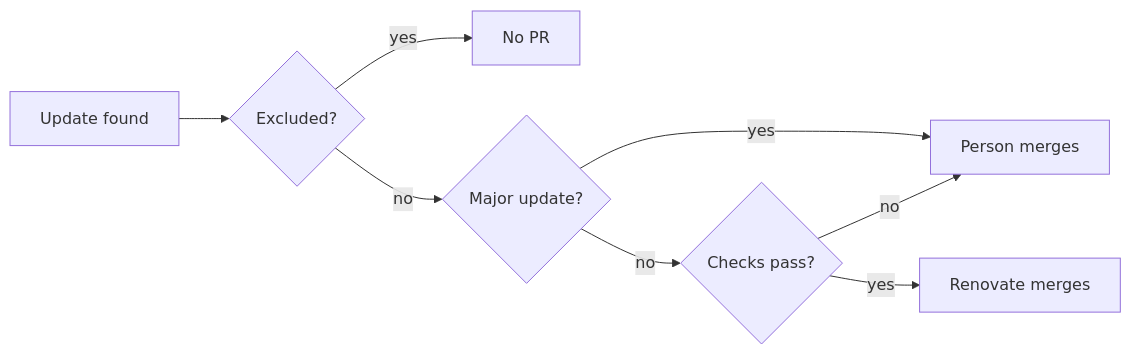
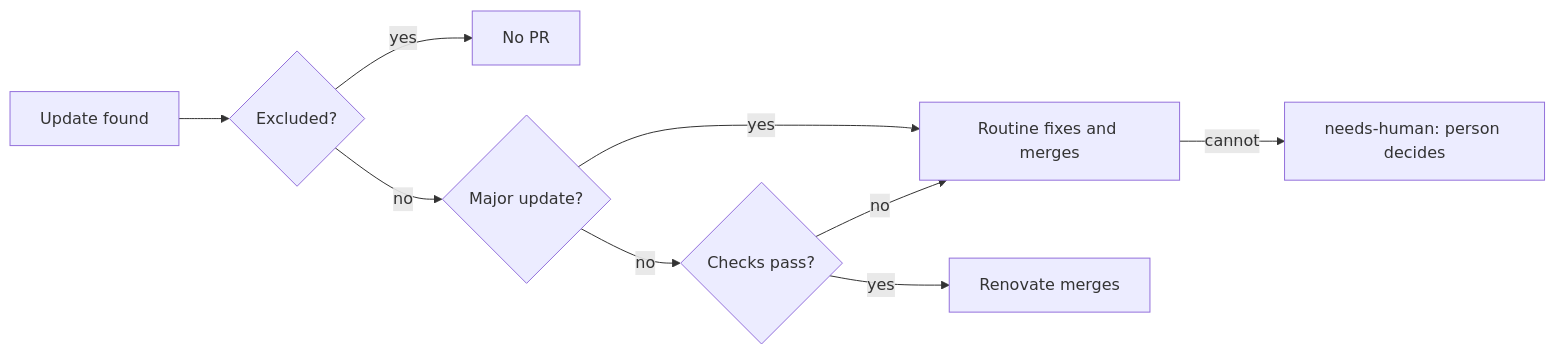
One commit to syudead/vv changed the first of 2 diagrams in docs/how-to/dependency-updates.md. Above: the diagram before and after it, drawn with Mermaid. The commit also changed other lines of this file and 13 other files, not shown here.

````diff
--- a/docs/how-to/dependency-updates.md
+++ b/docs/how-to/dependency-updates.md
@@ -11,10 +12,11 @@
 ```mermaid
 flowchart LR
   upd[Update found] --> excl{Excluded?}
   excl -->|yes| none[No PR]
   excl -->|no| major{Major update?}
-  major -->|yes| person[Person merges]
+  major -->|yes| routine[Routine fixes and merges]
   major -->|no| checks{Checks pass?}
   checks -->|yes| auto[Renovate merges]
-  checks -->|no| person
+  checks -->|no| routine
+  routine -->|cannot| person[needs-human: person decides]
 ```
````
